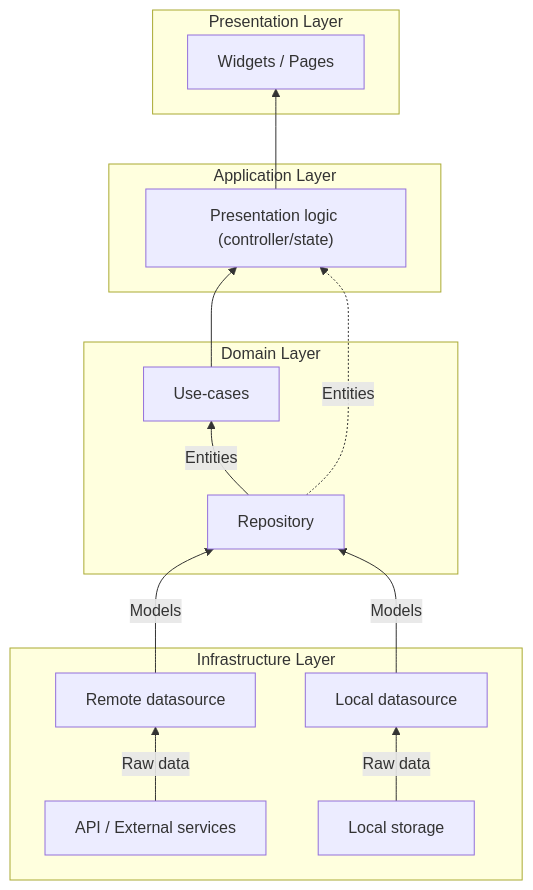
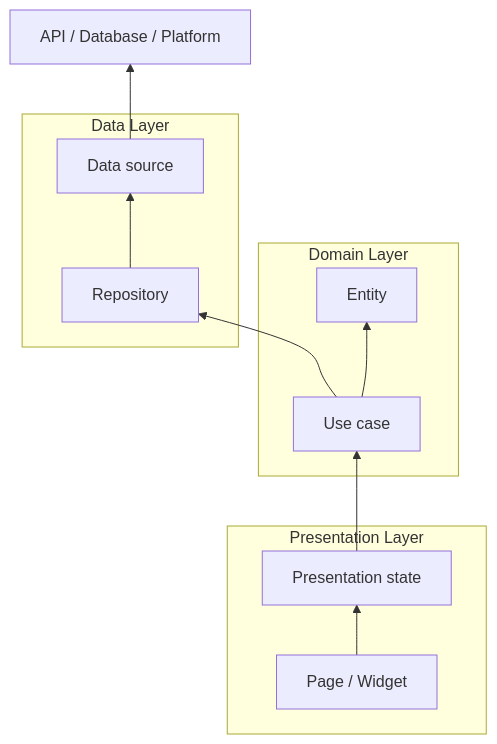
The diagram in docs/wiki/Architecture.md (domai-tb/flutter_template), drawn with Mermaid before and after one commit. The commit also changed other lines of this file and 16 other files, not shown here.

Commit message:
docs(architecture): document template conventions

````diff
--- a/docs/wiki/Architecture.md
+++ b/docs/wiki/Architecture.md
@@ -56,30 +65,24 @@
 ```mermaid
 flowchart BT
-  subgraph Infrastructure["Infrastructure Layer"]
-    API["API / External services"]
-    DB["Local storage"]
-    RDS["Remote datasource"]
-    LDS["Local datasource"]
-    API -->|Raw data| RDS
-    DB -->|Raw data| LDS
+  subgraph Presentation["Presentation Layer"]
+    Page["Page / Widget"]
+    State["Presentation state"]
+    Page --> State
   end
 
   subgraph Domain["Domain Layer"]
-    Repo["Repository"]
-    UC["Use-cases"]
-    RDS -->|Models| Repo
-    LDS -->|Models| Repo
-    Repo -->|Entities| UC
+    UseCase["Use case"]
+    Entity["Entity"]
+    State --> UseCase
+    UseCase --> Entity
   end
 
-  subgraph Application["Application Layer"]
-    State["Presentation logic (controller/state)"]
-    UC --> State
-    Repo -.->|Entities| State
+  subgraph Data["Data Layer"]
+    Repository["Repository"]
+    DataSource["Data source"]
+    UseCase --> Repository
+    Repository --> DataSource
   end
 
-  subgraph Presentation["Presentation Layer"]
-    UI["Widgets / Pages"]
-    State --> UI
-  end
+  DataSource --> External["API / Database / Platform"]
 ```
````
